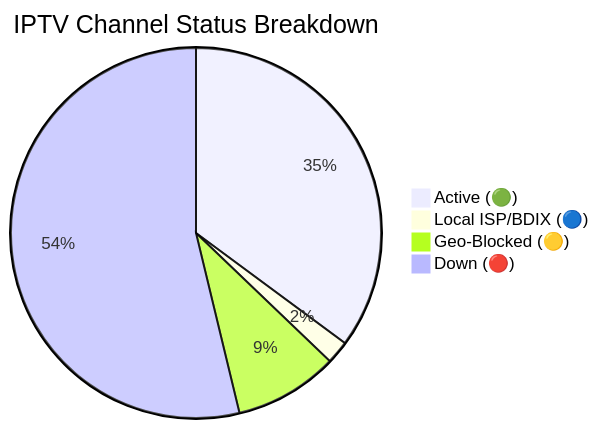
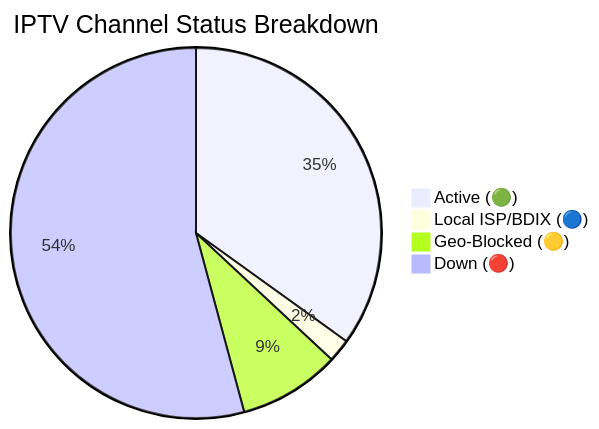
The diagram in README.md (andreataylord/Ip-tv-Collection), drawn with Mermaid before and after one commit. The commit also changed other lines of this file and 2 other files, not shown here.

````diff
--- a/README.md
+++ b/README.md
@@ -59,7 +59,7 @@
 ```mermaid
 pie title IPTV Channel Status Breakdown
-    "Active (🟢)" : 2230
+    "Active (🟢)" : 2218
     "Local ISP/BDIX (🔵)" : 128
-    "Geo-Blocked (🟡)" : 576
-    "Down (🔴)" : 3413
+    "Geo-Blocked (🟡)" : 563
+    "Down (🔴)" : 3441
 ```
````
